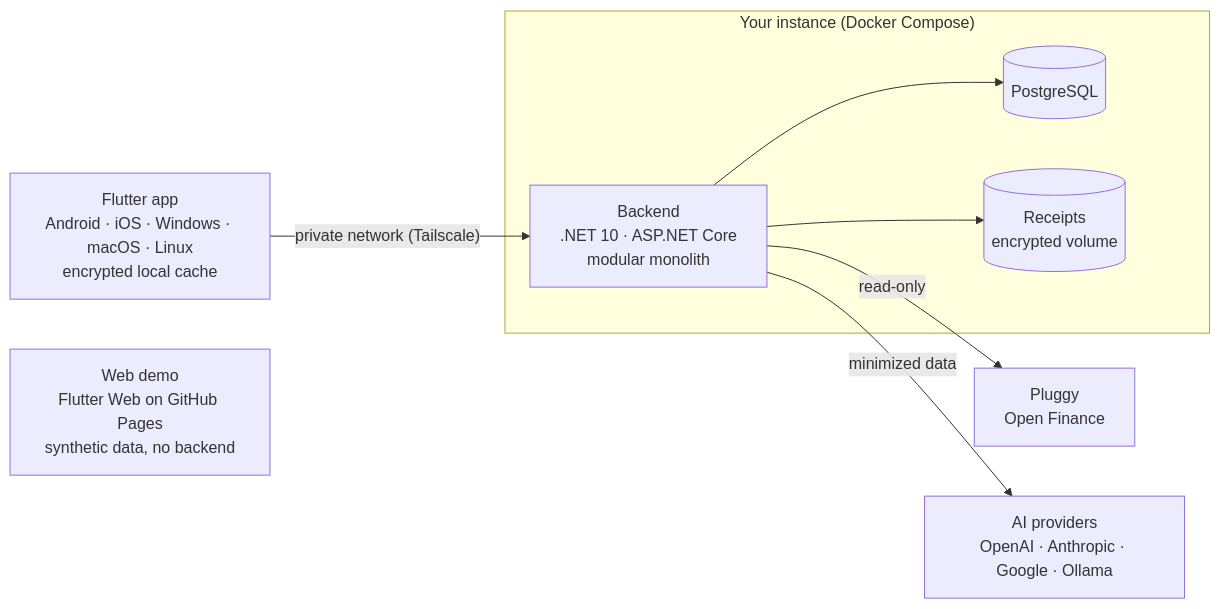
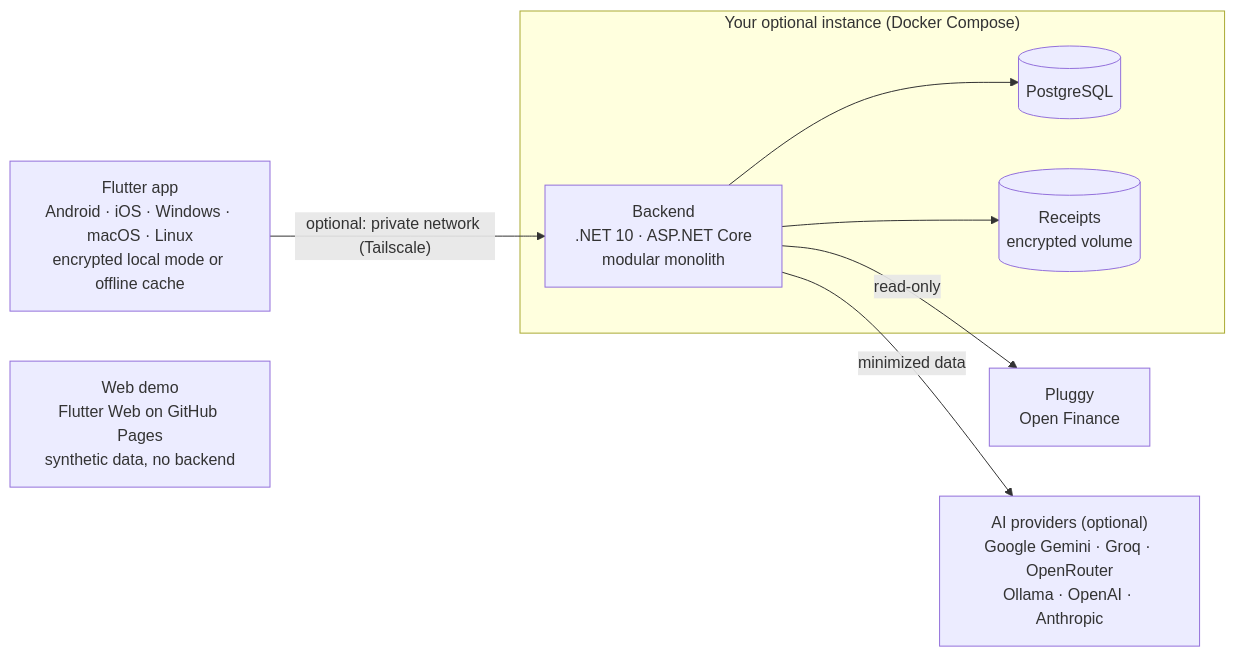
One commit to igorgmassi/granapaca changed the diagram in README.en.md. Above: the diagram before and after it, drawn with Mermaid. The commit also changed other lines of this file and 1 other file, not shown here.

First line of the commit message:
docs(readme): document local-only device mode and zero-cost AI options (#68)

````diff
--- a/README.en.md
+++ b/README.en.md
@@ -53,20 +70,20 @@
 ```mermaid
 flowchart LR
-  app["Flutter app<br/>Android · iOS · Windows · macOS · Linux<br/>encrypted local cache"]
+  app["Flutter app<br/>Android · iOS · Windows · macOS · Linux<br/>encrypted local mode or offline cache"]
   demo["Web demo<br/>Flutter Web on GitHub Pages<br/>synthetic data, no backend"]
 
-  subgraph instance["Your instance (Docker Compose)"]
+  subgraph instance["Your optional instance (Docker Compose)"]
     api["Backend<br/>.NET 10 · ASP.NET Core<br/>modular monolith"]
     db[("PostgreSQL")]
     files[("Receipts<br/>encrypted volume")]
   end
 
   pluggy["Pluggy<br/>Open Finance"]
-  ai["AI providers<br/>OpenAI · Anthropic · Google · Ollama"]
+  ai["AI providers (optional)<br/>Google Gemini · Groq · OpenRouter<br/>Ollama · OpenAI · Anthropic"]
 
-  app -- "private network (Tailscale)" --> api
+  app -- "optional: private network (Tailscale)" --> api
   api --> db
   api --> files
   api -- "read-only" --> pluggy
   api -- "minimized data" --> ai
 ```
````
